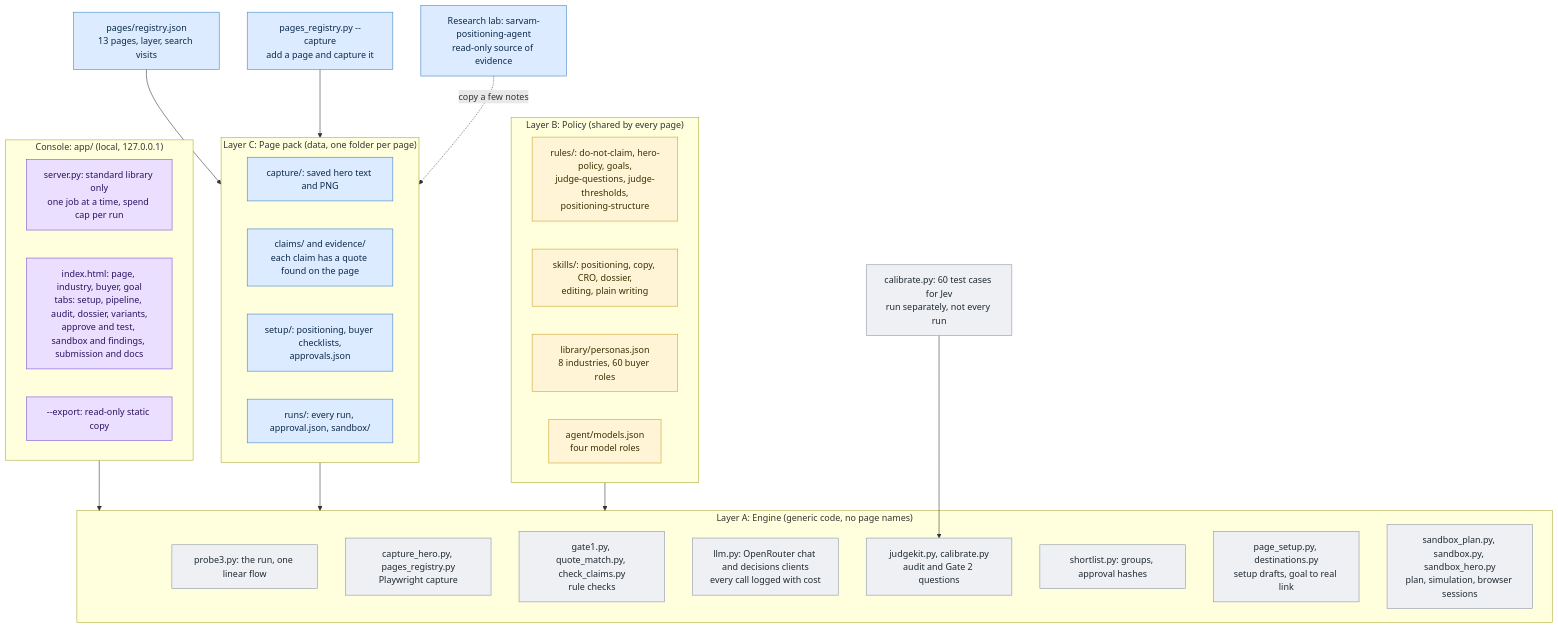
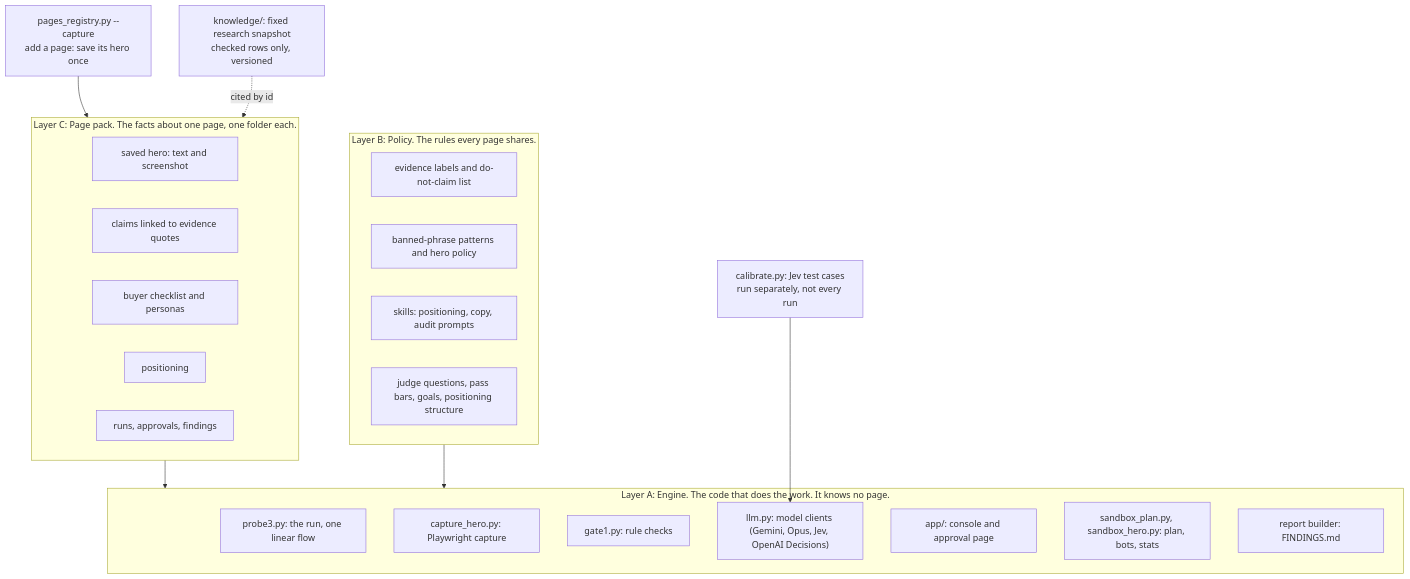
The second of 3 diagrams in docs/architecture.md (jtrnjn271994-cloud/sarvam-website-agent), drawn with Mermaid before and after one commit. The commit also changed other lines of this file and 4 other files, not shown here.

Commit message:
Architecture back to the reference flow; Jev question groups; per-run flow diagram in findings; README walkthroughs for GitHub access and the Vercel key

````diff
--- a/docs/architecture.md
+++ b/docs/architecture.md
@@ -94,45 +42,30 @@
 ```mermaid
 flowchart TB
-    classDef a fill:#EEF0F3,stroke:#8A94A3,color:#1f2933
-    classDef b fill:#FFF4D6,stroke:#C9A227,color:#3b2f00
-    classDef c fill:#DCEBFF,stroke:#3B82C4,color:#0b2a4a
-    classDef u fill:#EADFFF,stroke:#7A4DD8,color:#2a1260
-    subgraph UI["Console: app/ (local, 127.0.0.1)"]
-        U1["server.py: standard library only<br/>one job at a time, spend cap per run"]:::u
-        U2["index.html: page, industry, buyer, goal<br/>tabs: setup, pipeline, audit, dossier, variants,<br/>approve and test, sandbox and findings, submission and docs"]:::u
-        U3["--export: read-only static copy"]:::u
+    subgraph ENG["Layer A: Engine. The code that does the work. It knows no page."]
+        E1["probe3.py: the run, one linear flow"]
+        E2["capture_hero.py: Playwright capture"]
+        E3["gate1.py: rule checks"]
+        E4["llm.py: model clients (Gemini, Opus, Jev, OpenAI Decisions)"]
+        E5["app/: console and approval page"]
+        E6["sandbox_plan.py, sandbox_hero.py: plan, bots, stats"]
+        E7["report builder: FINDINGS.md"]
     end
-    subgraph ENG["Layer A: Engine (generic code, no page names)"]
-        E1["probe3.py: the run, one linear flow"]:::a
-        E2["capture_hero.py, pages_registry.py<br/>Playwright capture"]:::a
-        E3["gate1.py, quote_match.py, check_claims.py<br/>rule checks"]:::a
-        E4["llm.py: OpenRouter chat and decisions clients<br/>every call logged with cost"]:::a
-        E5["judgekit.py, calibrate.py<br/>audit and Gate 2 questions"]:::a
-        E6["shortlist.py: groups, approval hashes"]:::a
-        E7["page_setup.py, destinations.py<br/>setup drafts, goal to real link"]:::a
-        E8["sandbox_plan.py, sandbox.py, sandbox_hero.py<br/>plan, simulation, browser sessions"]:::a
+    subgraph POL["Layer B: Policy. The rules every page shares."]
+        P1["evidence labels and do-not-claim list"]
+        P2["banned-phrase patterns and hero policy"]
+        P3["skills: positioning, copy, audit prompts"]
+        P4["judge questions, pass bars, goals, positioning structure"]
     end
-    subgraph POL["Layer B: Policy (shared by every page)"]
-        P1["rules/: do-not-claim, hero-policy, goals,<br/>judge-questions, judge-thresholds,<br/>positioning-structure"]:::b
-        P2["skills/: positioning, copy, CRO, dossier,<br/>editing, plain writing"]:::b
-        P3["library/personas.json<br/>8 industries, 60 buyer roles"]:::b
-        P4["agent/models.json<br/>four model roles"]:::b
+    subgraph PACK["Layer C: Page pack. The facts about one page, one folder each."]
+        K1["saved hero: text and screenshot"]
+        K2["claims linked to evidence quotes"]
+        K3["buyer checklist and personas"]
+        K4["positioning"]
+        K5["runs, approvals, findings"]
     end
-    subgraph PACK["Layer C: Page pack (data, one folder per page)"]
-        K1["capture/: saved hero text and PNG"]:::c
-        K2["claims/ and evidence/<br/>each claim has a quote found on the page"]:::c
-        K3["setup/: positioning, buyer checklists,<br/>approvals.json"]:::c
-        K4["runs/: every run, approval.json, sandbox/"]:::c
-    end
-    REG["pages/registry.json<br/>13 pages, layer, search visits"]:::c
-    NEW["pages_registry.py --capture<br/>add a page and capture it"]:::c
-    LAB["Research lab: sarvam-positioning-agent<br/>read-only source of evidence"]:::c
-    CAL["calibrate.py: 60 test cases for Jev<br/>run separately, not every run"]:::a
-    UI --> ENG
     PACK --> ENG
     POL --> ENG
-    REG --> PACK
-    NEW --> PACK
-    LAB -.copy a few notes.-> PACK
-    CAL --> E5
+    NEW["pages_registry.py --capture<br/>add a page: save its hero once"] --> PACK
+    KB["knowledge/: fixed research snapshot<br/>checked rows only, versioned"] -.cited by id.-> PACK
+    CAL["calibrate.py: Jev test cases<br/>run separately, not every run"] --> E4
 ```
````
